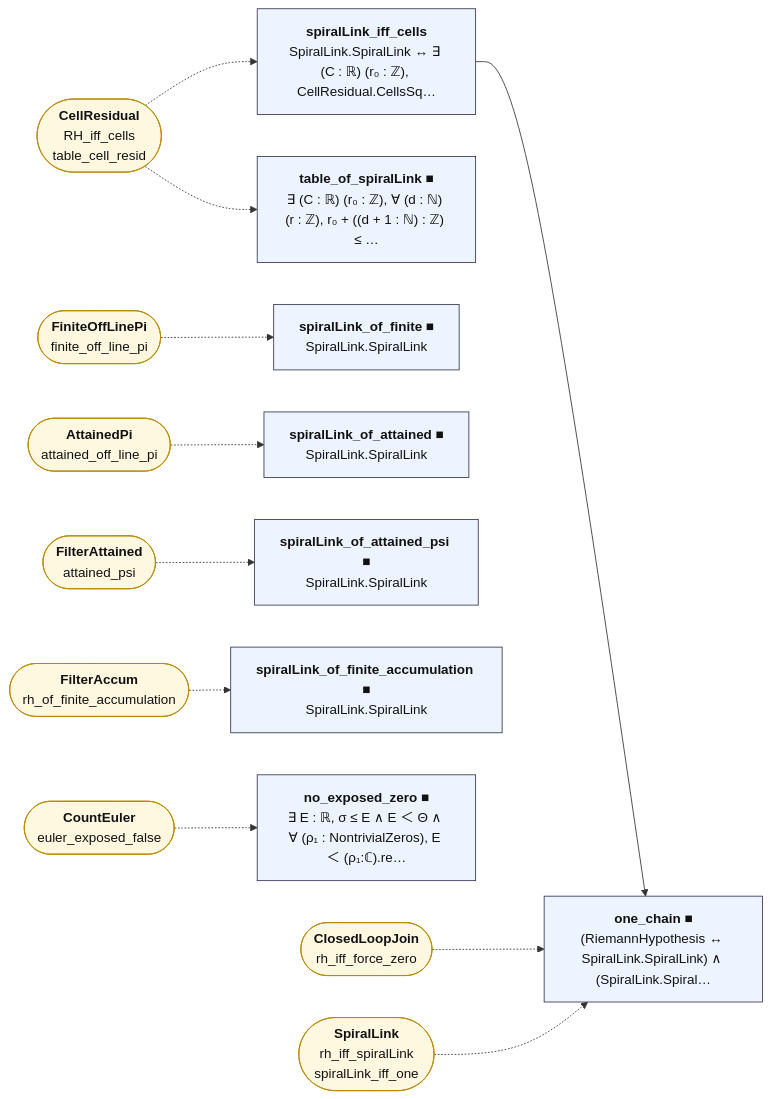
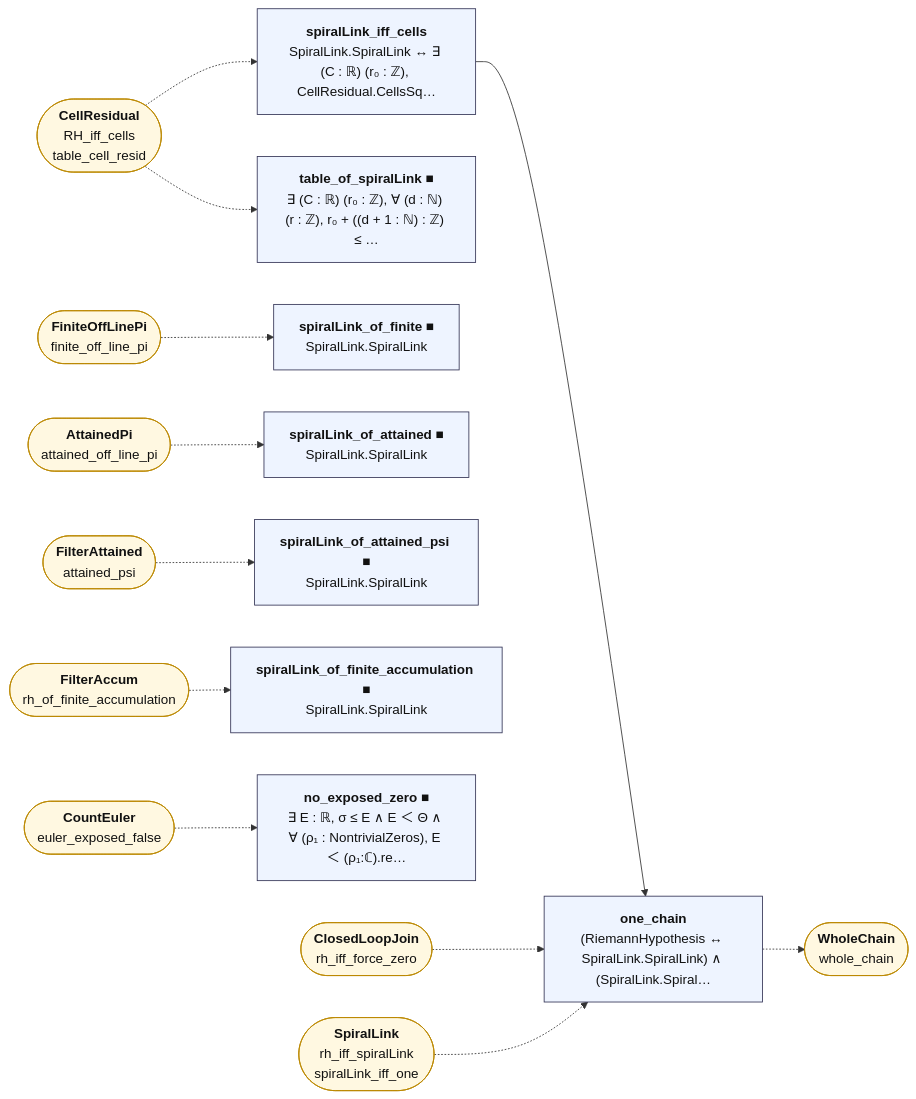
The diagram in map/lean_stage3/OneChain.mmd (juliansambranojr/Primebeat_081426), drawn with Mermaid before and after one commit. The commit also changed 16 other files, not shown here.

First line of the commit message:
WholeChain: take the capstone by name, so the map reads the connection

```diff
--- a/map/lean_stage3/OneChain.mmd
+++ b/map/lean_stage3/OneChain.mmd
@@ -1,35 +1,37 @@
 flowchart LR
   n0["<b>spiralLink_iff_cells</b><br/>SpiralLink.SpiralLink ↔ ∃ (C : ℝ) (r₀ : ℤ), CellResidual.CellsSq…"]:::thm
-  n1["<b>one_chain ■</b><br/>(RiemannHypothesis ↔ SpiralLink.SpiralLink) ∧ (SpiralLink.Spiral…"]:::thm
+  n1["<b>one_chain</b><br/>(RiemannHypothesis ↔ SpiralLink.SpiralLink) ∧ (SpiralLink.Spiral…"]:::thm
   n2["<b>table_of_spiralLink ■</b><br/>∃ (C : ℝ) (r₀ : ℤ), ∀ (d : ℕ) (r : ℤ), r₀ + ((d + 1 : ℕ) : ℤ) ≤ …"]:::thm
   n3["<b>spiralLink_of_finite ■</b><br/>SpiralLink.SpiralLink"]:::thm
   n4["<b>spiralLink_of_attained ■</b><br/>SpiralLink.SpiralLink"]:::thm
   n5["<b>spiralLink_of_attained_psi ■</b><br/>SpiralLink.SpiralLink"]:::thm
   n6["<b>spiralLink_of_finite_accumulation ■</b><br/>SpiralLink.SpiralLink"]:::thm
   n7["<b>no_exposed_zero ■</b><br/>∃ E : ℝ, σ ≤ E ∧ E ＜ Θ ∧ ∀ (ρ₁ : NontrivialZeros), E ＜ (ρ₁:ℂ).re…"]:::thm
   x0(["<b>CellResidual</b><br/>RH_iff_cells<br/>table_cell_resid"]):::ext
   x1(["<b>ClosedLoopJoin</b><br/>rh_iff_force_zero"]):::ext
   x2(["<b>SpiralLink</b><br/>rh_iff_spiralLink<br/>spiralLink_iff_one"]):::ext
-  x3(["<b>FiniteOffLinePi</b><br/>finite_off_line_pi"]):::ext
-  x4(["<b>AttainedPi</b><br/>attained_off_line_pi"]):::ext
-  x5(["<b>FilterAttained</b><br/>attained_psi"]):::ext
-  x6(["<b>FilterAccum</b><br/>rh_of_finite_accumulation"]):::ext
-  x7(["<b>CountEuler</b><br/>euler_exposed_false"]):::ext
+  x3(["<b>WholeChain</b><br/>whole_chain"]):::ext
+  x4(["<b>FiniteOffLinePi</b><br/>finite_off_line_pi"]):::ext
+  x5(["<b>AttainedPi</b><br/>attained_off_line_pi"]):::ext
+  x6(["<b>FilterAttained</b><br/>attained_psi"]):::ext
+  x7(["<b>FilterAccum</b><br/>rh_of_finite_accumulation"]):::ext
+  x8(["<b>CountEuler</b><br/>euler_exposed_false"]):::ext
   n0 --> n1
+  n1 -.-> x3
   x0 -.-> n0
   x0 -.-> n2
   x1 -.-> n1
   x2 -.-> n1
-  x3 -.-> n3
-  x4 -.-> n4
-  x5 -.-> n5
-  x6 -.-> n6
-  x7 -.-> n7
+  x4 -.-> n3
+  x5 -.-> n4
+  x6 -.-> n5
+  x7 -.-> n6
+  x8 -.-> n7
   classDef cnt fill:#dff5ec,stroke:#17694a,color:#111
   classDef shp fill:#f1ecfb,stroke:#5b3fa0,color:#111
   classDef rh fill:#ffe5e5,stroke:#c22,color:#111,stroke-width:2px
   classDef thm fill:#eef4ff,stroke:#335,color:#111
   classDef end_ fill:#e7f7e7,stroke:#2a7,color:#111,stroke-width:2px
   classDef lone fill:#fff,stroke:#999,color:#111,stroke-dasharray:4 3
   classDef bad fill:#ffe5e5,stroke:#c22,color:#111,stroke-width:2px
   classDef ext fill:#fff8e1,stroke:#b80,color:#111
```
